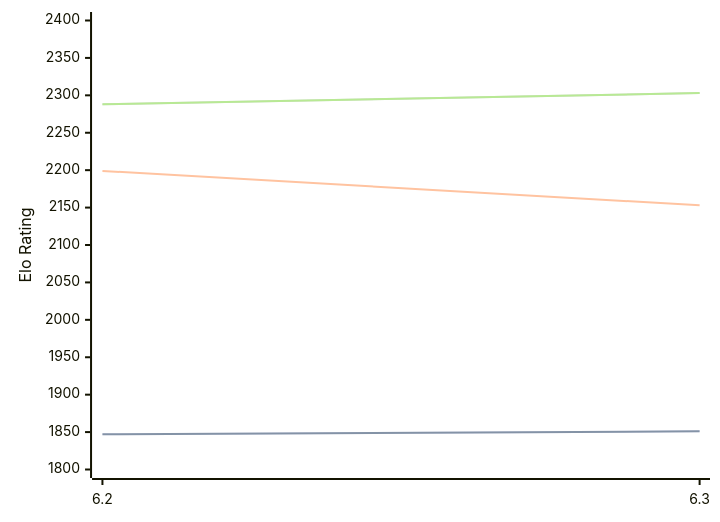
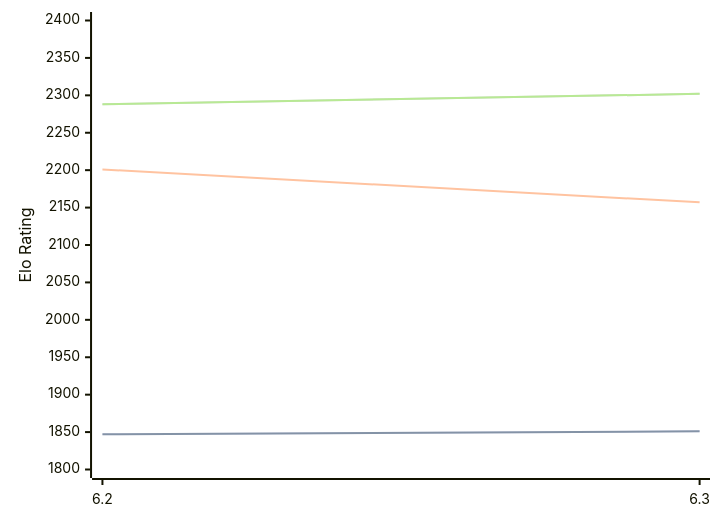
Before and after one commit to computer-chess-index/cci: the first of 3 diagrams in engines/chess4j.md, drawn with Mermaid. The commit also changed other lines of this file, not shown here.

Commit message:
Update CCI Ratings (ELO VLTC) - 2026-07-09

````diff
--- a/engines/chess4j.md
+++ b/engines/chess4j.md
@@ -38,11 +38,11 @@
 ```mermaid
 %%{init: {"theme":"base","themeVariables":{"seriesColors:['#a3a3a3','#222221','#faa371']}}}%%
 xychart-beta
   x-axis ["6.2", "6.3"]
   y-axis "Elo Rating" 1800 --> 2400
   line "STC (8.0+0.08s)" [1847, 1851]
   line "STC (8.0+0.08s)" [1847, 1851]
-  line "LTC (60.0+0.60s)" [2199, 2153]
-  line "VLTC (2m24s+1.12s)" [2288, 2303]
-  line "VLTC (2m24s+1.12s)" [2288, 2303]
+  line "LTC (60.0+0.60s)" [2201, 2157]
+  line "VLTC (2m24s+1.12s)" [2288, 2302]
+  line "VLTC (2m24s+1.12s)" [2288, 2302]
 ```
````
